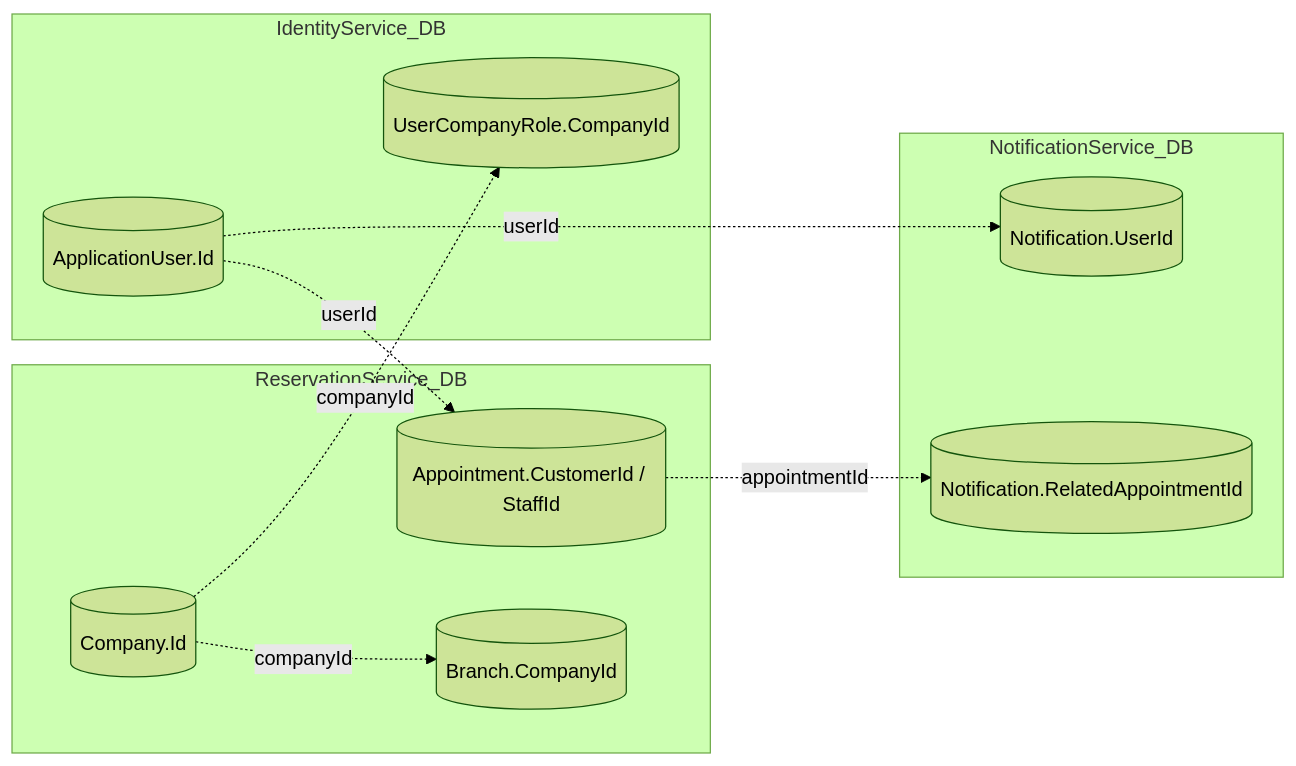
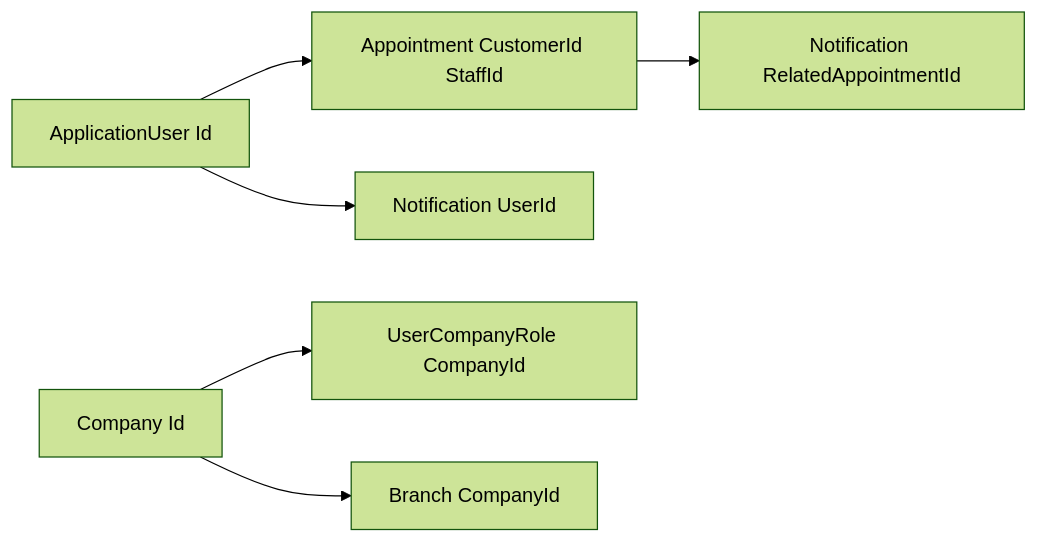
The fifth of 5 diagrams in README.md (BitKitsu/Rezerwuj-to), drawn with Mermaid (forest theme) before and after one commit. The commit also changed other lines of this file, not shown here.

Commit message:
fix(Readme): Mermaid Fix

````diff
--- a/README.md
+++ b/README.md
@@ -335,24 +331,16 @@
 ```mermaid
 flowchart LR
-  subgraph IdentityService_DB
-    U[(ApplicationUser.Id)]
-    UCR[(UserCompanyRole.CompanyId)]
-  end
+  U[ApplicationUser Id]
+  C[Company Id]
+  A[Appointment CustomerId StaffId]
+  N[Notification UserId]
+  NA[Notification RelatedAppointmentId]
+  UCR[UserCompanyRole CompanyId]
+  B[Branch CompanyId]
 
-  subgraph ReservationService_DB
-    C[(Company.Id)]
-    A[(Appointment.CustomerId / StaffId)]
-    B[(Branch.CompanyId)]
-  end
-
-  subgraph NotificationService_DB
-    N[(Notification.UserId)]
-    NA[(Notification.RelatedAppointmentId)]
-  end
-
-  U -. userId .-> A
-  U -. userId .-> N
-  C -. companyId .-> UCR
-  C -. companyId .-> B
-  A -. appointmentId .-> NA
+  U --> A
+  U --> N
+  C --> UCR
+  C --> B
+  A --> NA
 ```
````
